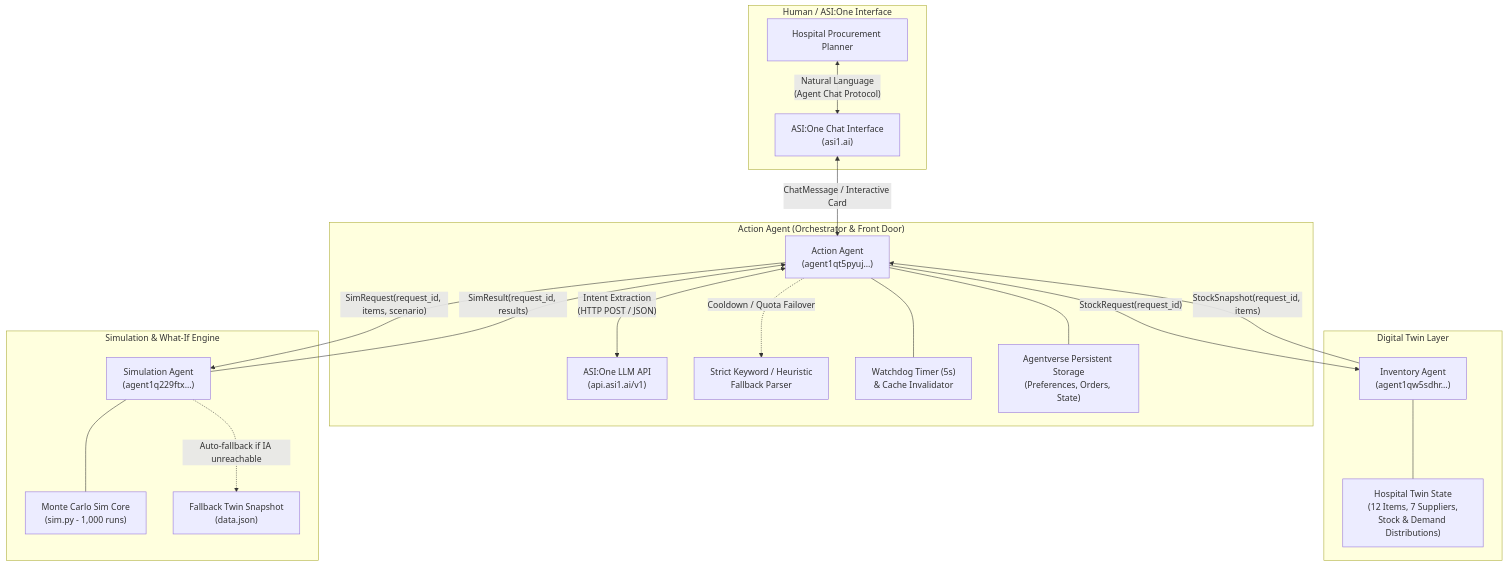
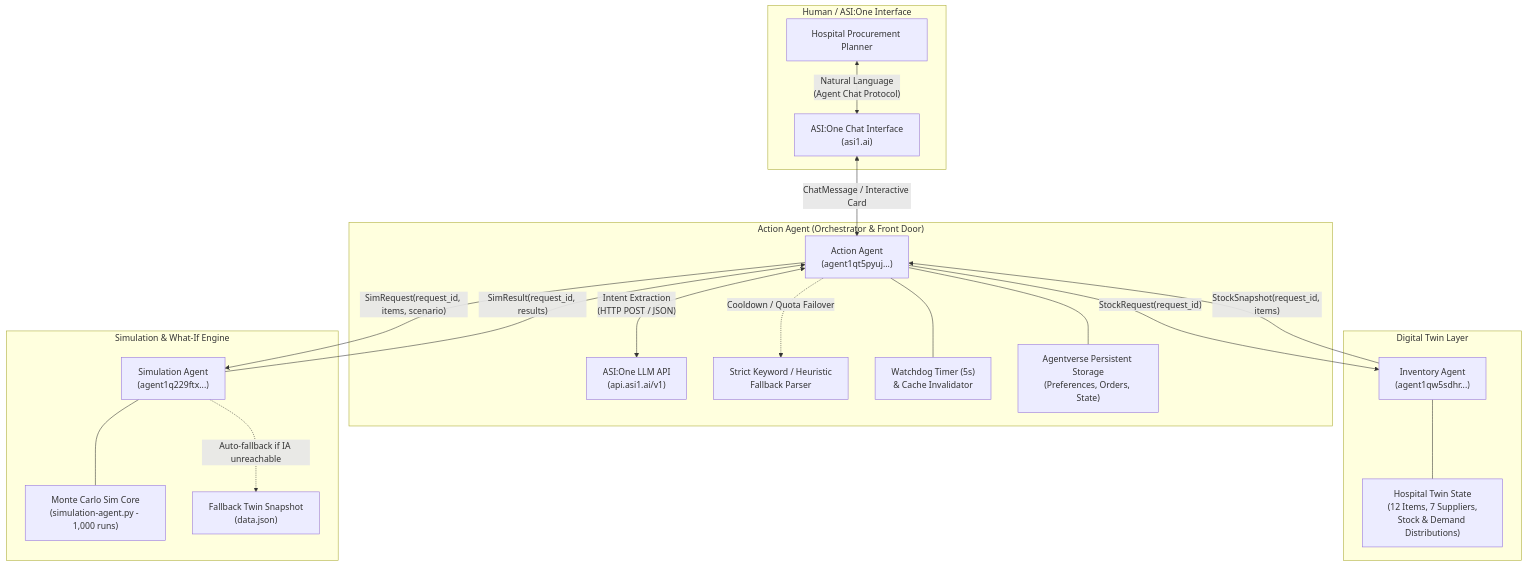
One commit to theajthakur/fetch-a-thon changed the first of 3 diagrams in docs/architecture.md. Above: the diagram before and after it, drawn with Mermaid. The commit also changed other lines of this file and 11 other files, not shown here.

````diff
--- a/docs/architecture.md
+++ b/docs/architecture.md
@@ -31,43 +31,43 @@
 ```mermaid
 flowchart TB
     subgraph UserInterface ["Human / ASI:One Interface"]
         Planner["Hospital Procurement Planner"]
         ASI1["ASI:One Chat Interface<br/>(asi1.ai)"]
     end
 
     subgraph ActionAgentLayer ["Action Agent (Orchestrator & Front Door)"]
         AA["Action Agent<br/>(agent1qt5pyuj...)"]
         LLM["ASI:One LLM API<br/>(api.asi1.ai/v1)"]
         KeywordParser["Strict Keyword / Heuristic<br/>Fallback Parser"]
         Watchdog["Watchdog Timer (5s)<br/>& Cache Invalidator"]
         StateStore["Agentverse Persistent Storage<br/>(Preferences, Orders, State)"]
     end
 
     subgraph DigitalTwinStateLayer ["Digital Twin Layer"]
         IA["Inventory Agent<br/>(agent1qw5sdhr...)"]
         LiveState["Hospital Twin State<br/>(12 Items, 7 Suppliers,<br/>Stock & Demand Distributions)"]
     end
 
     subgraph SimulationLayer ["Simulation & What-If Engine"]
         SA["Simulation Agent<br/>(agent1q229ftx...)"]
-        SimCore["Monte Carlo Sim Core<br/>(sim.py - 1,000 runs)"]
+        SimCore["Monte Carlo Sim Core<br/>(simulation-agent.py - 1,000 runs)"]
         EmbeddedState["Fallback Twin Snapshot<br/>(data.json)"]
     end
 
     Planner <-->|"Natural Language<br/>(Agent Chat Protocol)"| ASI1
     ASI1 <-->|"ChatMessage / Interactive Card"| AA
 
     AA <-->|"Intent Extraction<br/>(HTTP POST / JSON)"| LLM
     AA -.->|"Cooldown / Quota Failover"| KeywordParser
     AA --- Watchdog
     AA --- StateStore
 
     AA -->|"StockRequest(request_id)"| IA
     IA -->|"StockSnapshot(request_id, items)"| AA
     IA --- LiveState
 
     AA -->|"SimRequest(request_id, items, scenario)"| SA
     SA -->|"SimResult(request_id, results)"| AA
     SA --- SimCore
     SA -.->|"Auto-fallback if IA unreachable"| EmbeddedState
 ```
````
